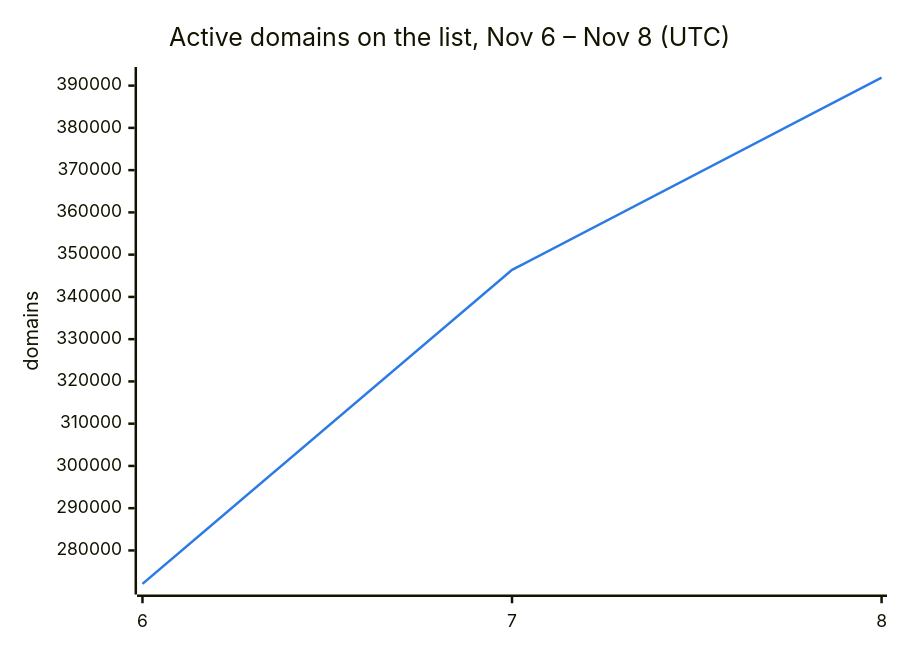
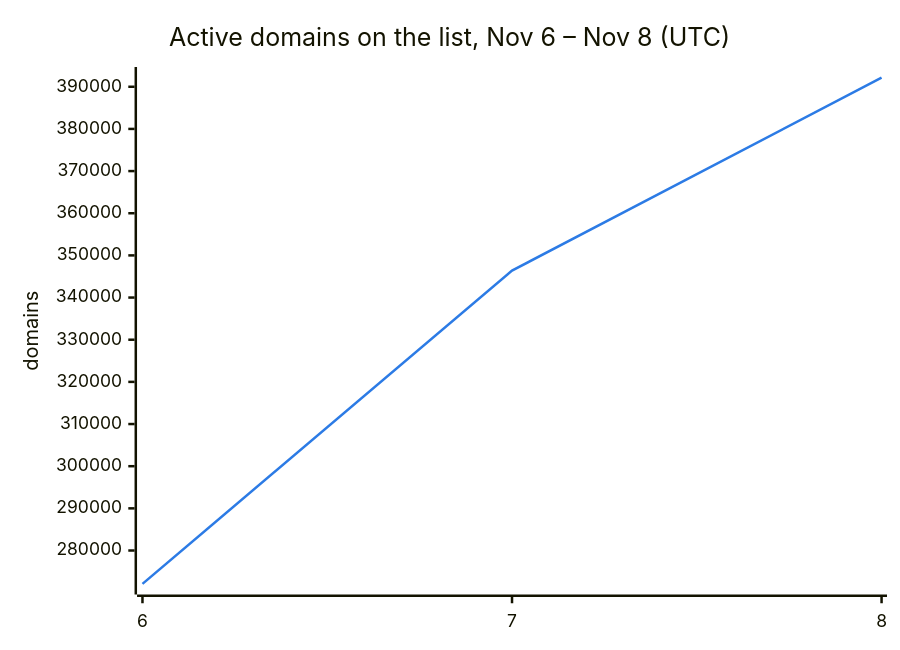
One commit to DNSBunker/CTI changed the second of 3 diagrams in README.md. Above: the diagram before and after it, drawn with Mermaid. The commit also changed other lines of this file and 3 other files, not shown here.

````diff
--- a/README.md
+++ b/README.md
@@ -38,8 +38,8 @@
 ```mermaid
 %%{init: {"themeVariables": {"xyChart": {"plotColorPalette": "#2c7be5"}}}}%%
 xychart-beta
     title "Active domains on the list, Nov 6 – Nov 8 (UTC)"
     x-axis ["6", "7", "8"]
     y-axis "domains"
-    line [272088, 346388, 391894]
+    line [272088, 346388, 392166]
 ```
````
